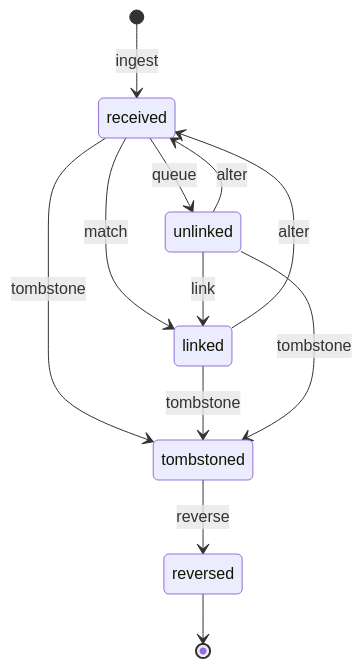
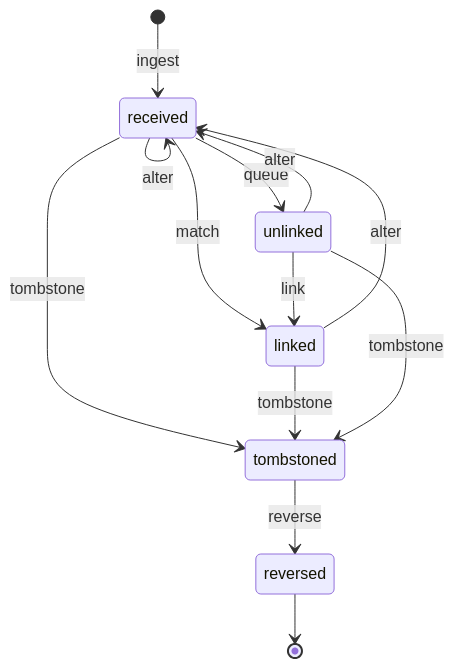
The diagram in docs/state-machines/tally-voucher.md (techaust/shakti_prime), drawn with Mermaid before and after one commit. The commit also changed other lines of this file and 8 other files, not shown here.

````diff
--- a/docs/state-machines/tally-voucher.md
+++ b/docs/state-machines/tally-voucher.md
@@ -42,14 +43,15 @@
 ```mermaid
 stateDiagram-v2
   [*] --> received : ingest
   received --> linked : match
   received --> unlinked : queue
   unlinked --> linked : link
+  received --> received : alter
   linked --> received : alter
   unlinked --> received : alter
   received --> tombstoned : tombstone
   linked --> tombstoned : tombstone
   unlinked --> tombstoned : tombstone
   tombstoned --> reversed : reverse
   reversed --> [*]
 ```
````
